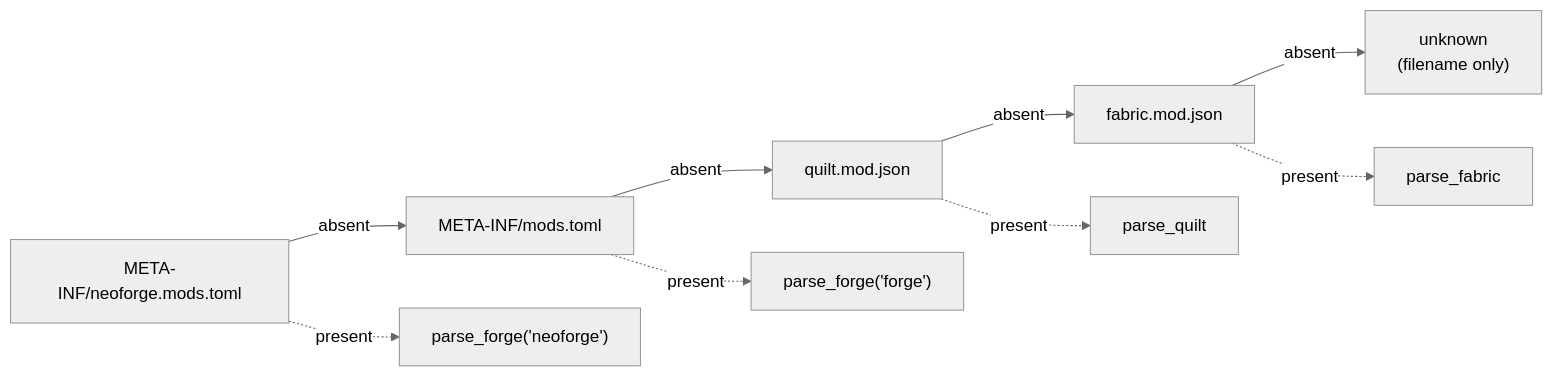
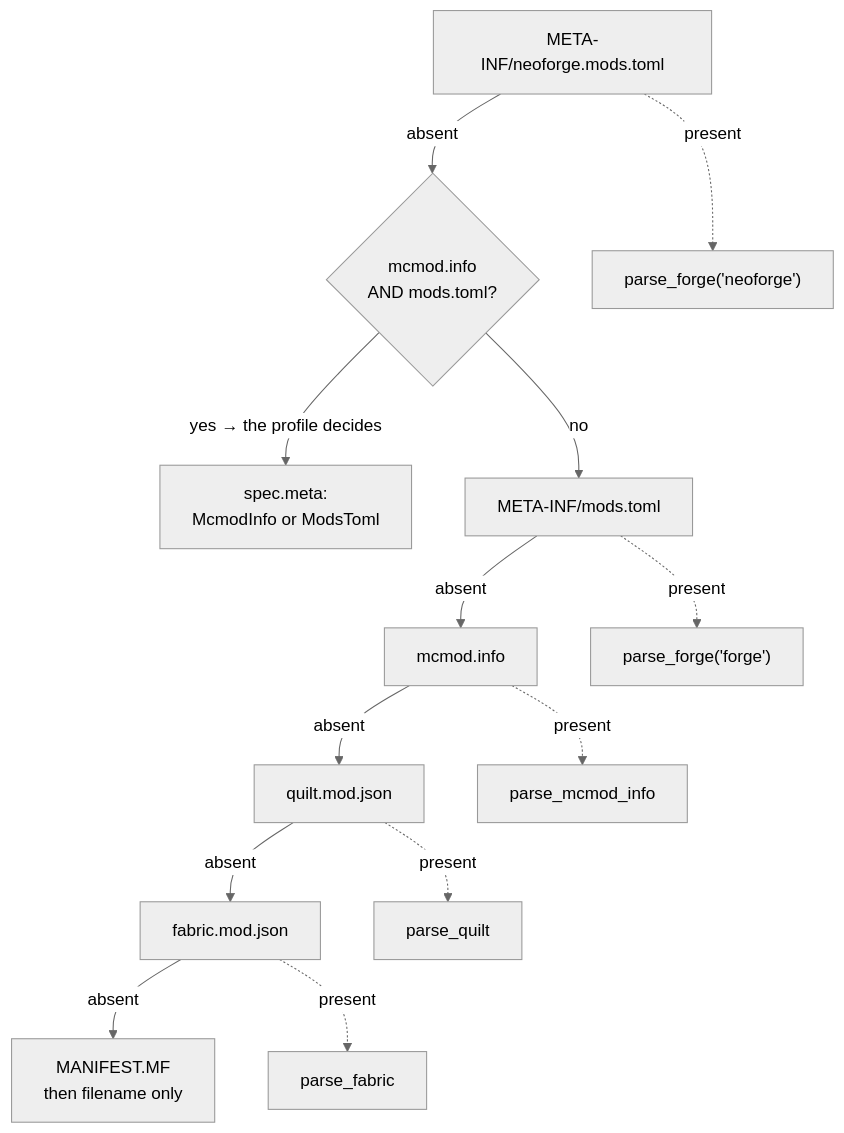
The third of 5 diagrams in docs/en/technical/06-scansione.md (Alexkill536ITA/ForgeModpack), drawn with Mermaid (neutral theme) before and after one commit. The commit also changed other lines of this file and 21 other files, not shown here.

````diff
--- a/docs/en/technical/06-scansione.md
+++ b/docs/en/technical/06-scansione.md
@@ -30,11 +69,15 @@
 ```mermaid
-graph LR
-    A["META-INF/neoforge.mods.toml"] -->|absent| B["META-INF/mods.toml"]
-    B -->|absent| C["quilt.mod.json"]
+graph TD
+    A["META-INF/neoforge.mods.toml"] -->|absent| DUP{"mcmod.info<br/>AND mods.toml?"}
+    A -.->|present| PN["parse_forge('neoforge')"]
+    DUP -->|"yes → the profile decides"| TB["spec.meta:<br/>McmodInfo or ModsToml"]
+    DUP -->|no| B["META-INF/mods.toml"]
+    B -->|absent| MC["mcmod.info"]
+    MC -->|absent| C["quilt.mod.json"]
     C -->|absent| D["fabric.mod.json"]
-    D -->|absent| E["unknown<br/>(filename only)"]
-    A -.->|present| PF["parse_forge('neoforge')"]
-    B -.->|present| PF2["parse_forge('forge')"]
+    D -->|absent| E["MANIFEST.MF<br/>then filename only"]
+    B -.->|present| PF["parse_forge('forge')"]
+    MC -.->|present| PL["parse_mcmod_info"]
     C -.->|present| PQ["parse_quilt"]
     D -.->|present| PFA["parse_fabric"]
 ```
````
